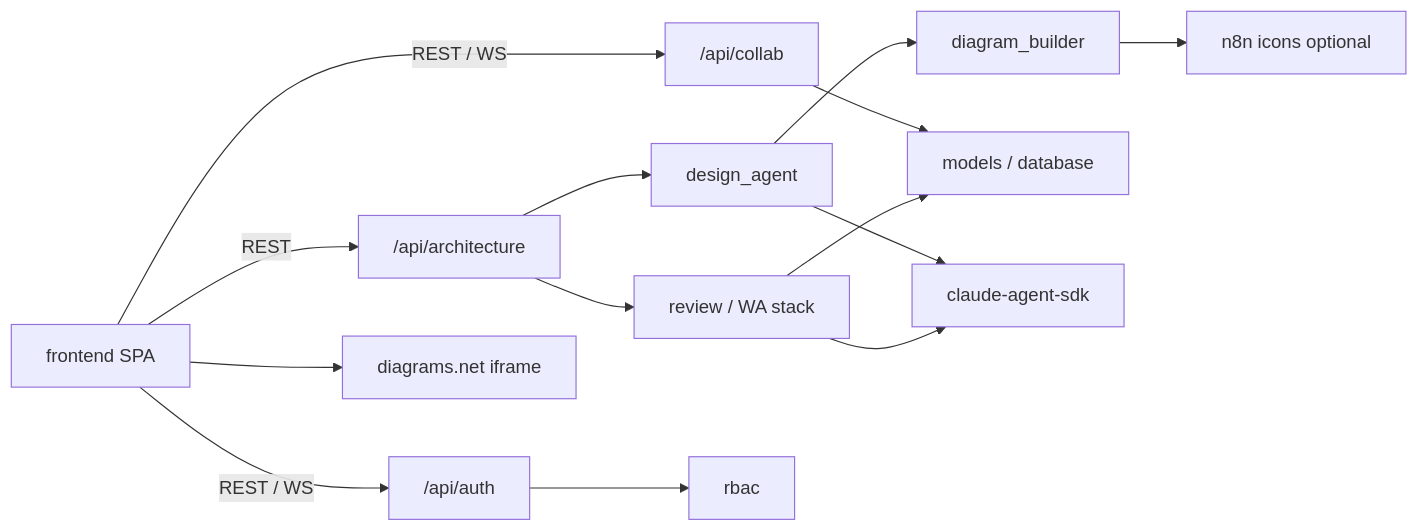
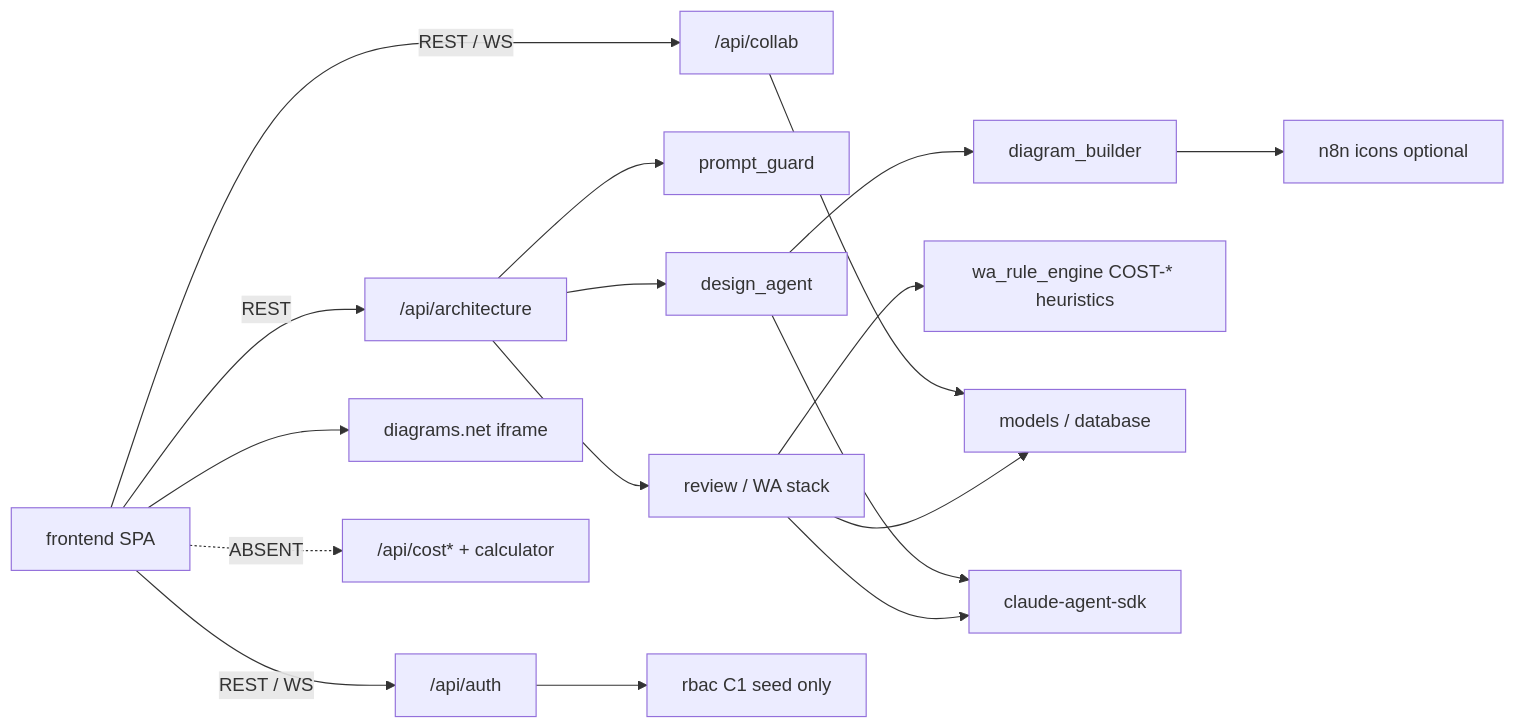
Before and after one commit to opendiamonds/awesome-firebase-use-cases: the diagram in aidlc/spaces/default/codekb/cloud/dependencies.md, drawn with Mermaid. The commit also changed other lines of this file and 252 other files, not shown here.

````diff
--- a/aidlc/spaces/default/codekb/cloud/dependencies.md
+++ b/aidlc/spaces/default/codekb/cloud/dependencies.md
@@ -29,16 +33,19 @@
 ```mermaid
 flowchart LR
   FE[frontend SPA] -->|REST / WS| AUTH["/api/auth"]
   FE -->|REST / WS| COL["/api/collab"]
   FE -->|REST| ARCH["/api/architecture"]
+  ARCH --> GUARD[prompt_guard]
   ARCH --> DA[design_agent]
   ARCH --> REV[review / WA stack]
   DA --> DBB[diagram_builder]
+  REV --> WRE["wa_rule_engine COST-* heuristics"]
   COL --> ORM[models / database]
-  AUTH --> RBAC[rbac]
+  AUTH --> RBAC[rbac C1 seed only]
   REV --> ORM
   DA --> LLM[claude-agent-sdk]
   REV --> LLM
   DBB --> ICON[n8n icons optional]
   FE --> DIO[diagrams.net iframe]
+  FE -.->|"ABSENT"| COST["/api/cost* + calculator"]
 ```
````
